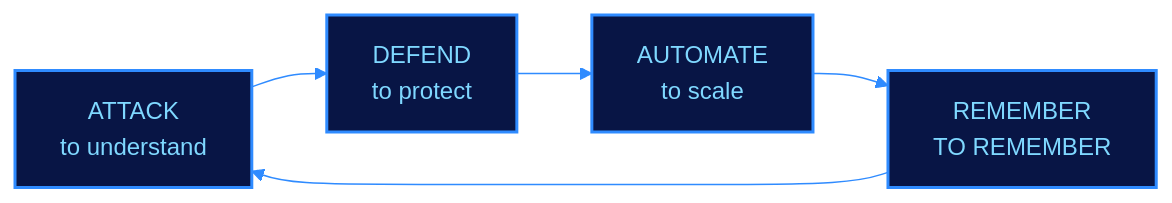
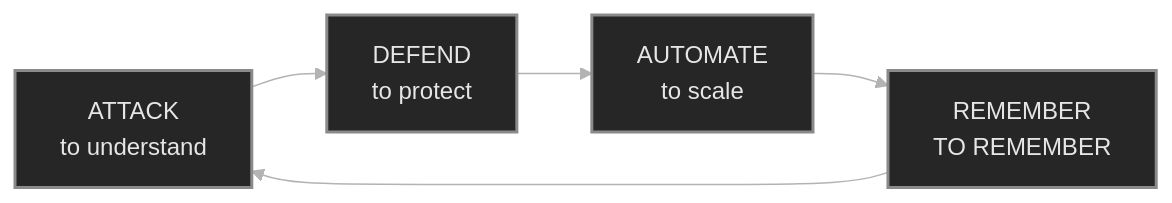
The first of 5 diagrams in README.md (karabo17-x/karabo17-x), drawn with Mermaid before and after one commit. The commit also changed other lines of this file, not shown here.

````diff
--- a/README.md
+++ b/README.md
@@ -29,11 +29,11 @@
 ```mermaid
-%%{init: {'theme':'base','themeVariables':{'background':'#000000','primaryColor':'#081545','primaryTextColor':'#7fd8ff','primaryBorderColor':'#2f8bff','lineColor':'#2f8bff','secondaryColor':'#000000','tertiaryColor':'#000000','fontFamily':'Courier New, monospace'}}}%%
+%%{init: {'theme':'base','themeVariables':{'background':'#0d1117','primaryColor':'#262626','primaryTextColor':'#e6e6e6','primaryBorderColor':'#8a8a8a','lineColor':'#b3b3b3','secondaryColor':'#262626','tertiaryColor':'#161616','edgeLabelBackground':'#555555','fontFamily':'Courier New, monospace'}}}%%
 flowchart LR
     A["ATTACK<br/>to understand"] --> B["DEFEND<br/>to protect"]
     B --> C["AUTOMATE<br/>to scale"]
     C --> D["REMEMBER<br/>TO REMEMBER"]
     D --> A
 
-    classDef node fill:#081545,stroke:#2f8bff,stroke-width:2px,color:#7fd8ff;
+    classDef node fill:#262626,stroke:#8a8a8a,stroke-width:2px,color:#e6e6e6;
     class A,B,C,D node;
 ```
````
